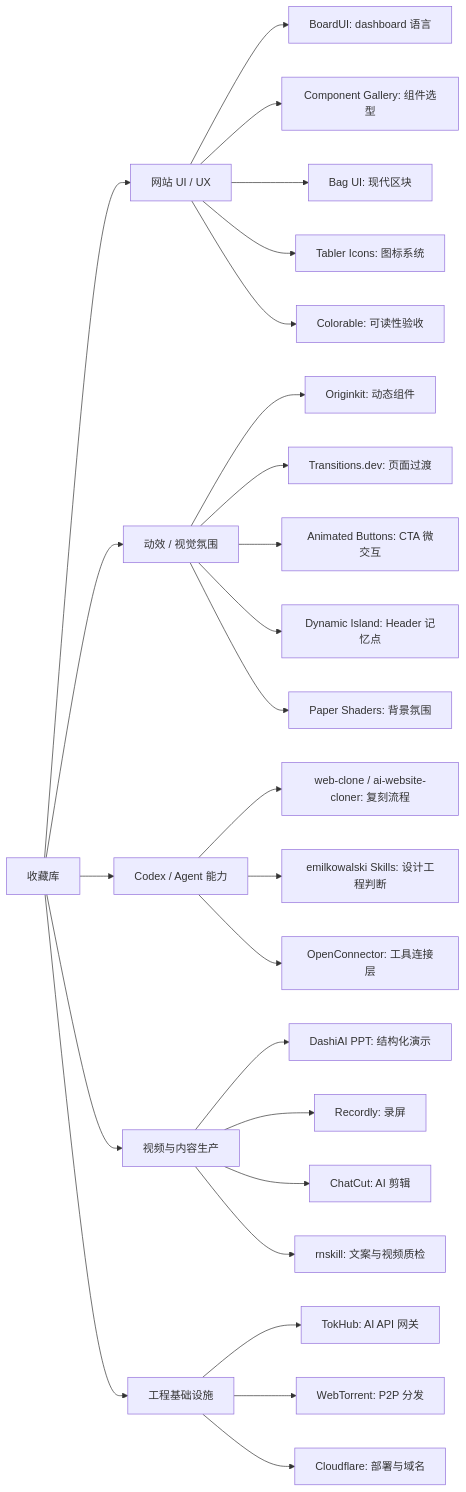
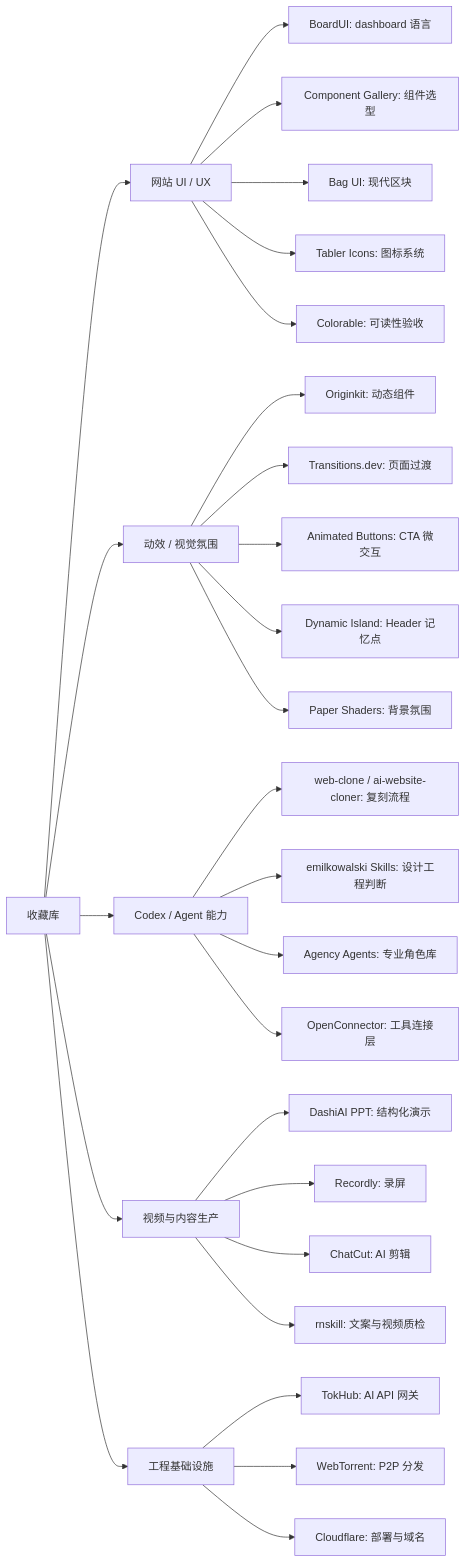
One commit to youfei0719/glint-vault changed the diagram in _索引/多媒体收藏地图.md. Above: the diagram before and after it, drawn with Mermaid. The commit also changed other lines of this file and 11 other files, not shown here.

````diff
--- a/_索引/多媒体收藏地图.md
+++ b/_索引/多媒体收藏地图.md
@@ -108,33 +109,34 @@
 ```mermaid
 flowchart LR
   A["收藏库"] --> B["网站 UI / UX"]
   A --> C["动效 / 视觉氛围"]
   A --> D["Codex / Agent 能力"]
   A --> E["视频与内容生产"]
   A --> F["工程基础设施"]
 
   B --> B1["BoardUI: dashboard 语言"]
   B --> B2["Component Gallery: 组件选型"]
   B --> B3["Bag UI: 现代区块"]
   B --> B4["Tabler Icons: 图标系统"]
   B --> B5["Colorable: 可读性验收"]
 
   C --> C1["Originkit: 动态组件"]
   C --> C2["Transitions.dev: 页面过渡"]
   C --> C3["Animated Buttons: CTA 微交互"]
   C --> C4["Dynamic Island: Header 记忆点"]
   C --> C5["Paper Shaders: 背景氛围"]
 
   D --> D1["web-clone / ai-website-cloner: 复刻流程"]
   D --> D2["emilkowalski Skills: 设计工程判断"]
-  D --> D3["OpenConnector: 工具连接层"]
+  D --> D3["Agency Agents: 专业角色库"]
+  D --> D4["OpenConnector: 工具连接层"]
 
   E --> E1["DashiAI PPT: 结构化演示"]
   E --> E2["Recordly: 录屏"]
   E --> E3["ChatCut: AI 剪辑"]
   E --> E4["rnskill: 文案与视频质检"]
 
   F --> F1["TokHub: AI API 网关"]
   F --> F2["WebTorrent: P2P 分发"]
   F --> F3["Cloudflare: 部署与域名"]
 ```
````
